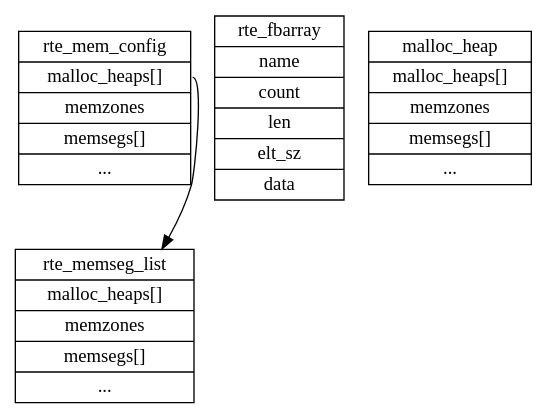
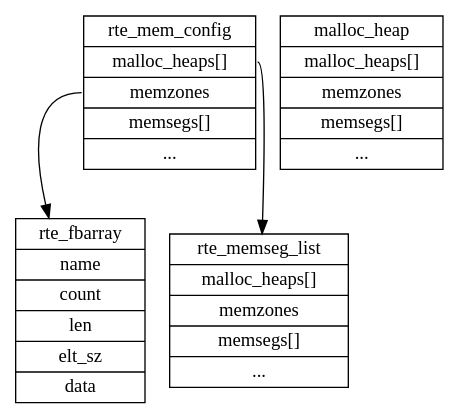
The diagram in dpdk/内存管理.md (sisyphus1212/note), drawn with Graphviz before and after one commit.

Commit message:
auto_update

````diff
--- a/dpdk/内存管理.md
+++ b/dpdk/内存管理.md
@@ -16,46 +16,47 @@
 ```graphviz
 digraph {
 	rte_mem_config[
 		label = "{
 		<f0>rte_mem_config|
         <f1>malloc_heaps[]|
 		<f2>memzones|
 		<f3>memsegs[]|
 		<f4>...
 		}",
 		shape = "record"
 	];
 	rte_fbarray[
 		label = "{
 		rte_fbarray|
         name|
 		count|
 		len|
 		elt_sz|
 		data
 		}",
 		shape = "record"
 	];
 	rte_memseg_list[
 		label = "{
 		<f0>rte_memseg_list|
 		<f1>malloc_heaps[]|
 		<f2>memzones|
 		<f3>memsegs[]|
 		<f4>...
 		}",
 		shape = "record"
 	];
 	malloc_heap[
 		label = "{
 		malloc_heap|
         malloc_heaps[]|
 		memzones|
 		memsegs[]|
 		...
 		}",
 		shape = "record"
 	];
 	rte_mem_config:f1 -> rte_memseg_list
+	rte_mem_config:f2 -> rte_fbarray
 }
 ```
````
